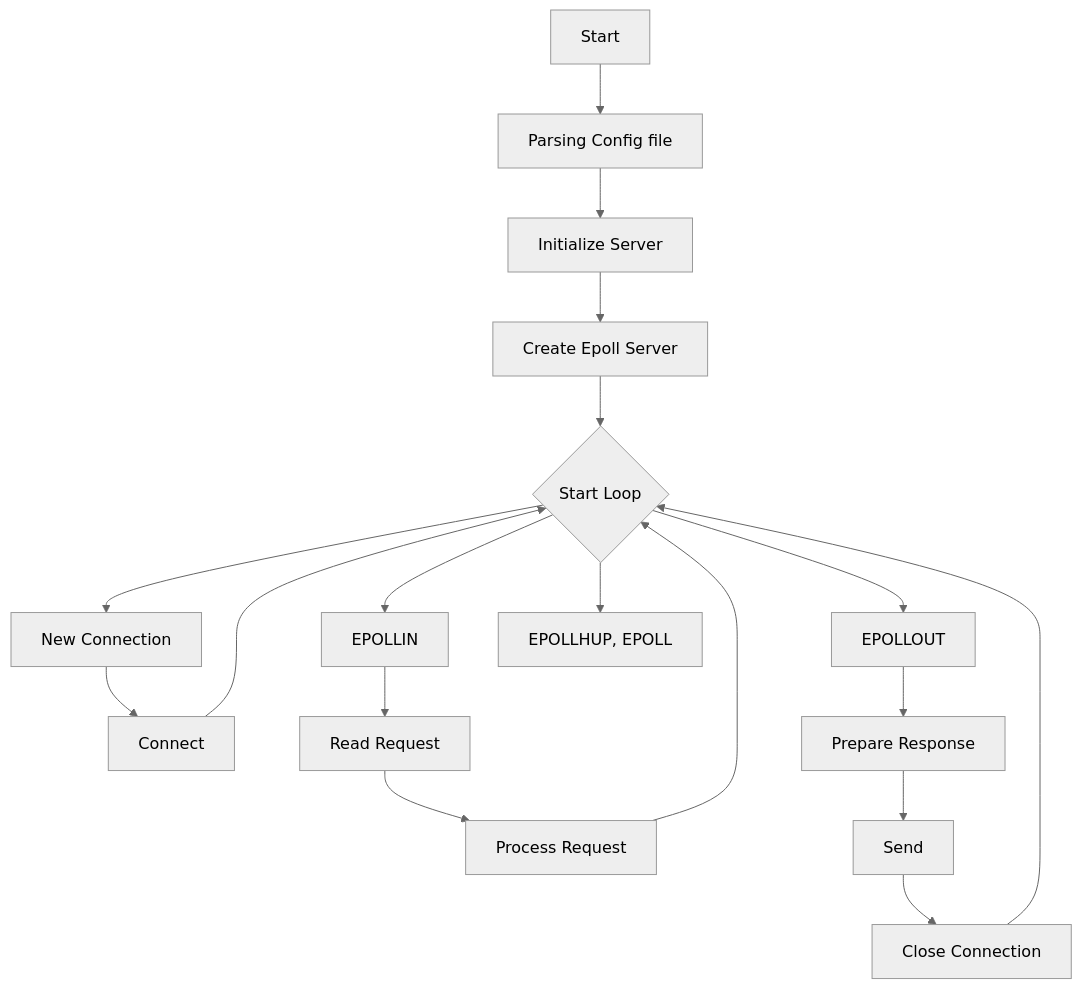
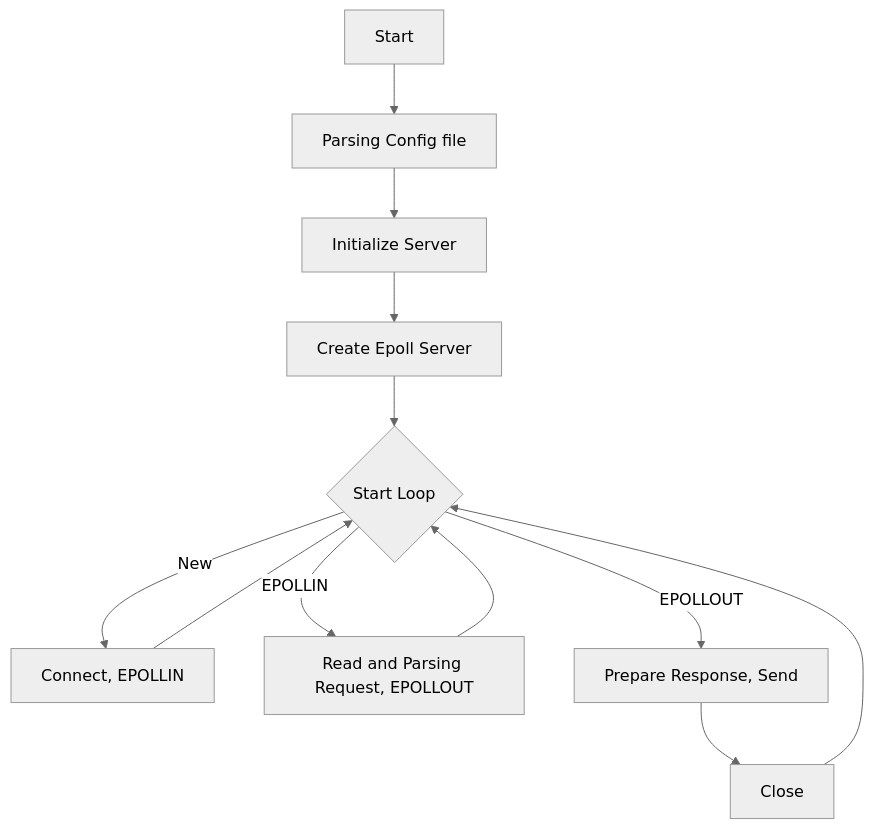
Before and after one commit to bankung7/42_webserv: the diagram in README.md, drawn with Mermaid (neutral theme).

````diff
--- a/README.md
+++ b/README.md
@@ -39,20 +39,14 @@
 ```mermaid
 flowchart TD
     A[Start] --> B[Parsing Config file];
     B --> C[Initialize Server];
     C --> D[Create Epoll Server];
     D --> DD{Start Loop};
-    DD --> D1[New Connection];
-    DD --> D2[EPOLLIN];
-    DD --> D3[EPOLLOUT];
-    DD --> D4[EPOLLHUP, EPOLL];
-    D1 --> D11[Connect];
-    D11 --> DD;
-    D2 --> D21[Read Request];
-    D21 --> D22[Process Request];
-    D22 --> DD;
-    D3 --> D31[Prepare Response];
-    D31 --> D32[Send];
-    D32 --> D33[Close Connection];
-    D33 --> DD;
+    DD -- New --> D1[Connect, EPOLLIN];
+    D1 --> DD;
+    DD -- EPOLLIN --> D2[Read and Parsing Request, EPOLLOUT];
+    D2 --> DD;
+    DD -- EPOLLOUT --> D3[Prepare Response, Send];
+    D3 --> E[Close];
+    E --> DD;
 ```
````
